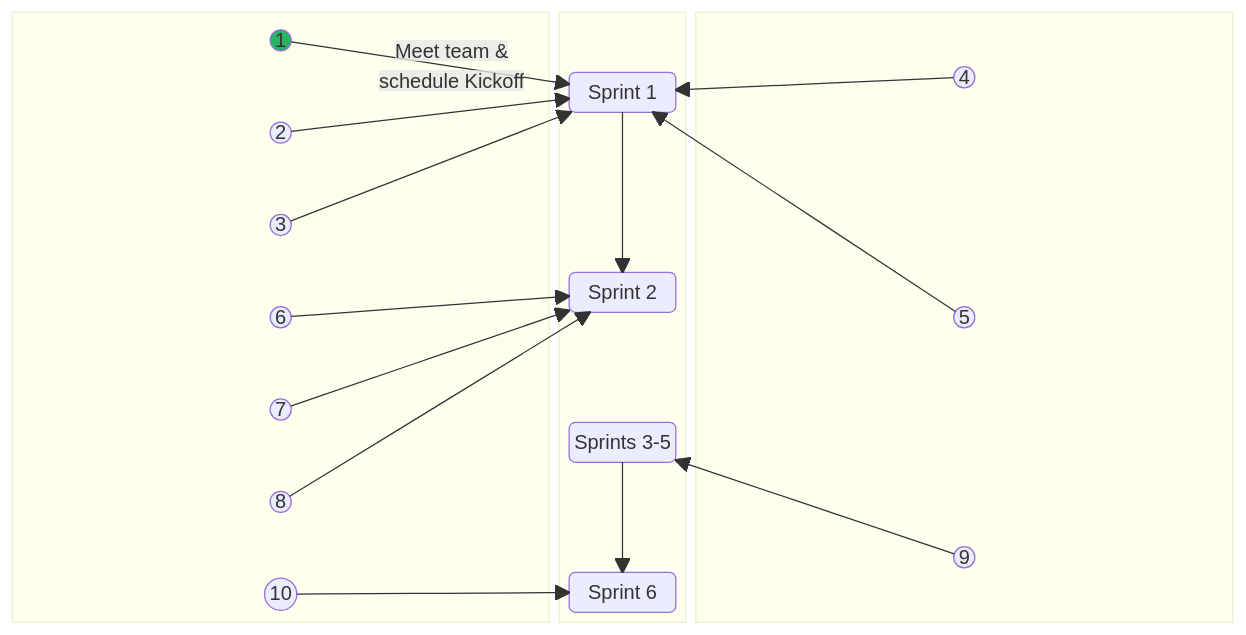
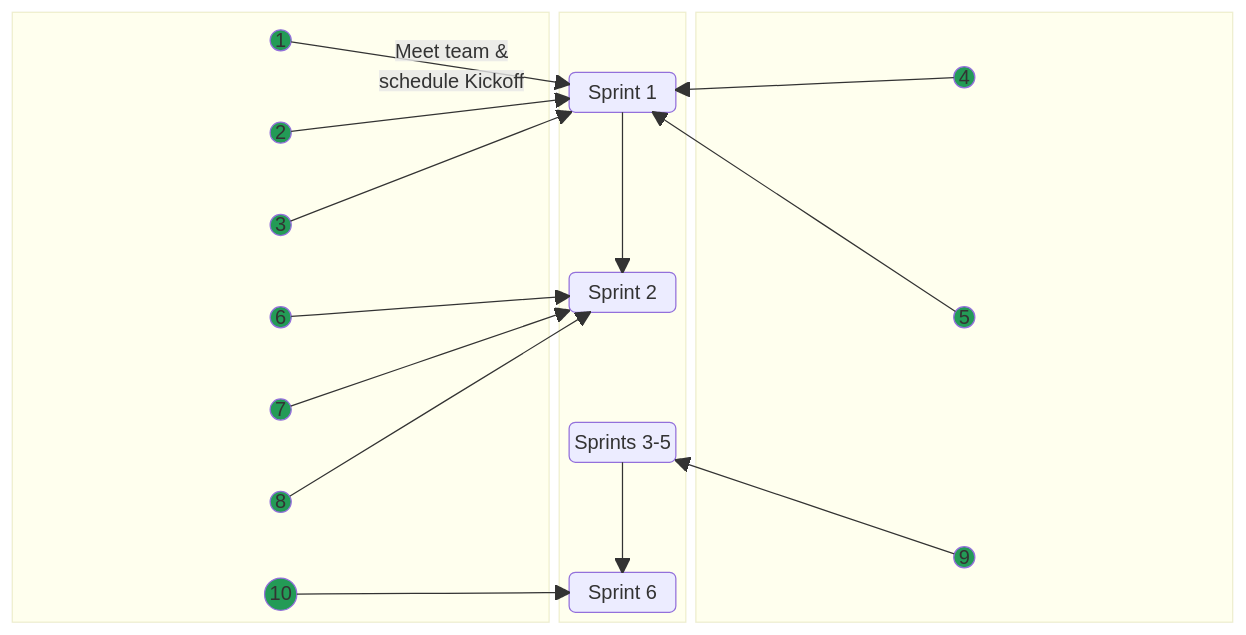
The diagram in README.md (jdmedlock/mermaid_testing), drawn with Mermaid before and after one commit.

Commit message:
Feature: Recreate linear sprint diagram

````diff
--- a/README.md
+++ b/README.md
@@ -4,61 +4,71 @@
 ```mermaid
   block-beta
     columns 9
     block:LEFT:4
       columns 1
       A1(("1"))
       space
       A2(("2"))
       space
       A3(("3"))
       space
       A6(("6"))
       space
       A7(("7"))
       space
       A8(("8"))
       space
       A10(("10"))
     end
     
     block:CENTER:1
       columns 1
       space
       SPRINT1("Sprint 1")
       space
       space
       space
       SPRINT2("Sprint 2")
       space
       space
       SPRINT35("Sprints 3-5")
       space
       space
       SPRINT6("Sprint 6")
     end
     
     block:RIGHT:4
       columns 1
       A4(("4"))
       space
       A5(("5"))
       space
       A9(("9"))
     end
 
     SPRINT1 --> SPRINT2
     SPRINT35 --> SPRINT6
 
     A1 -- "Meet team &</br>schedule Kickoff" --> SPRINT1
     A2 ----> SPRINT1
     A3 ----> SPRINT1
     A4 ----> SPRINT1
     A5 ----> SPRINT1
     A6 ----> SPRINT2
     A7 ----> SPRINT2
     A8 ----> SPRINT2
     A9 ----> SPRINT35
     A10 ----> SPRINT6
 
-    style A1 fill:#28b463
+    style A1 fill:#239b56
+    style A2 fill:#239b56
+    style A3 fill:#239b56
+    style A4 fill:#239b56
+    style A5 fill:#239b56
+    style A6 fill:#239b56
+    style A7 fill:#239b56
+    style A8 fill:#239b56
+    style A9 fill:#239b56
+    style A10 fill:#239b56
+
 ```
````
